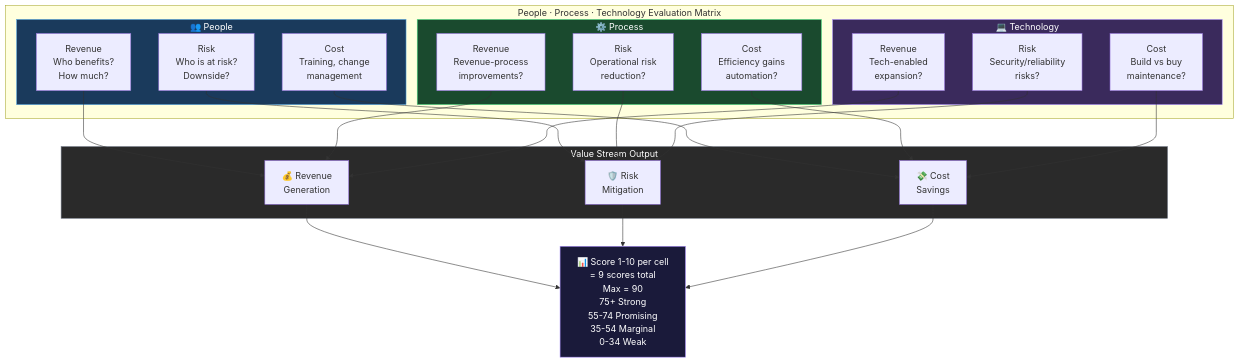
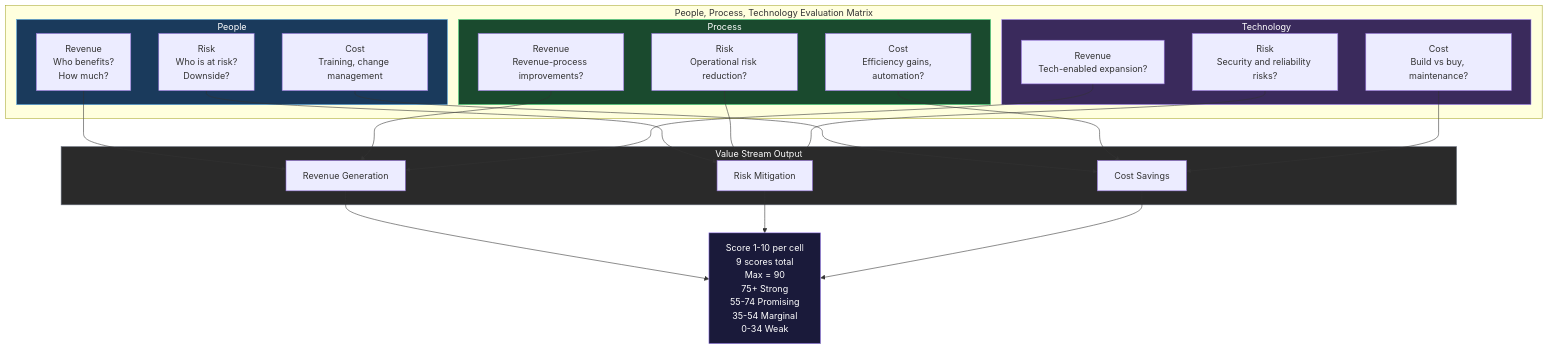
The first of 5 diagrams in PHILOSOPHY.md (fszale/agent-kernel), drawn with Mermaid before and after one commit. The commit also changed other lines of this file and 28 other files, not shown here.

````diff
--- a/PHILOSOPHY.md
+++ b/PHILOSOPHY.md
@@ -22,77 +22,67 @@
 ```mermaid
 graph TB
-    subgraph PPT["People · Process · Technology Evaluation Matrix"]
-        subgraph P["👥 People"]
+    subgraph PPT["People, Process, Technology Evaluation Matrix"]
+        subgraph P["People"]
             P_REV["Revenue
 Who benefits?
 How much?"]
             P_RISK["Risk
 Who is at risk?
 Downside?"]
             P_COST["Cost
-Training, change
-management"]
+Training, change management"]
         end
 
-        subgraph PR["⚙️ Process"]
+        subgraph PR["Process"]
             PR_REV["Revenue
-Revenue-process
-improvements?"]
+Revenue-process improvements?"]
             PR_RISK["Risk
-Operational risk
-reduction?"]
+Operational risk reduction?"]
             PR_COST["Cost
-Efficiency gains
-automation?"]
+Efficiency gains, automation?"]
         end
 
-        subgraph T["💻 Technology"]
+        subgraph T["Technology"]
             T_REV["Revenue
-Tech-enabled
-expansion?"]
+Tech-enabled expansion?"]
             T_RISK["Risk
-Security/reliability
-risks?"]
+Security and reliability risks?"]
             T_COST["Cost
-Build vs buy
-maintenance?"]
+Build vs buy, maintenance?"]
         end
     end
 
     subgraph VS["Value Stream Output"]
-        REV["💰 Revenue
-Generation"]
-        RISK["🛡️ Risk
-Mitigation"]
-        COST["💸 Cost
-Savings"]
+        REV["Revenue Generation"]
+        RISK["Risk Mitigation"]
+        COST["Cost Savings"]
     end
 
     P_REV --> REV
     PR_REV --> REV
     T_REV --> REV
     P_RISK --> RISK
     PR_RISK --> RISK
     T_RISK --> RISK
     P_COST --> COST
     PR_COST --> COST
     T_COST --> COST
 
-    SCORE["📊 Score 1-10 per cell
-= 9 scores total
+    SCORE["Score 1-10 per cell
+9 scores total
 Max = 90
 75+ Strong
 55-74 Promising
 35-54 Marginal
 0-34 Weak"]
 
     REV --> SCORE
     RISK --> SCORE
     COST --> SCORE
 
     style P fill:#1a3a5c,color:#fff,stroke:#4a9ede
     style PR fill:#1a4a2e,color:#fff,stroke:#4ade80
     style T fill:#3a2a5c,color:#fff,stroke:#a78bfa
     style VS fill:#2a2a2a,color:#fff,stroke:#6b7280
     style SCORE fill:#1a1a3a,color:#fff,stroke:#a78bfa
 ```
````
